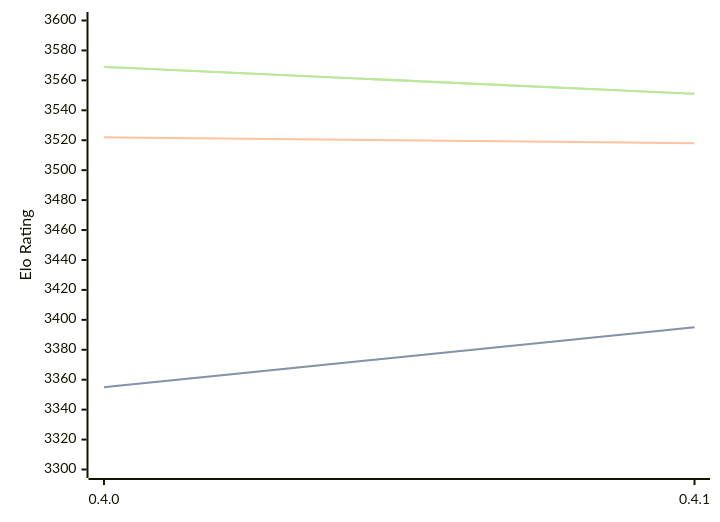
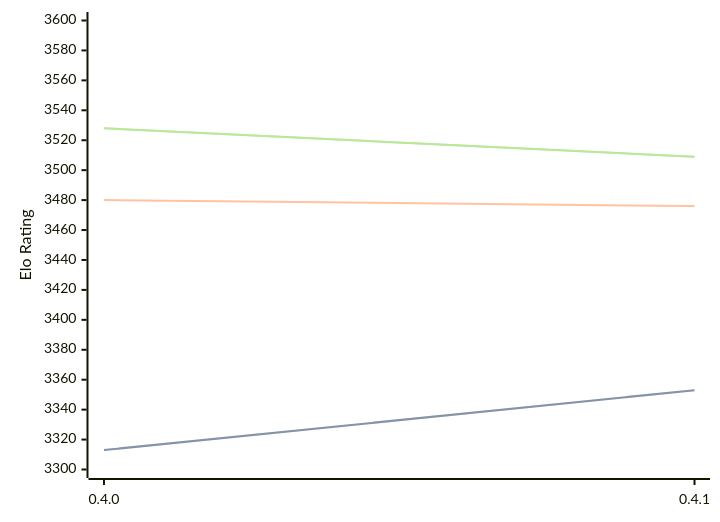
One commit to computer-chess-index/cci changed the diagram in engines/Cinder.md. Above: the diagram before and after it, drawn with Mermaid. The commit also changed other lines of this file, not shown here.

Commit message:
Update CCI Ratings (ELO VLTC) - 2026-05-19

````diff
--- a/engines/Cinder.md
+++ b/engines/Cinder.md
@@ -40,11 +40,11 @@
 ```mermaid
 %%{init: {"theme":"base","themeVariables":{"seriesColors:['#a3a3a3','#222221','#faa371']}}}%%
 xychart-beta
   x-axis ["0.4.0", "0.4.1"]
   y-axis "Elo Rating" 3300 --> 3600
-  line "STC (8.0+0.08s)" [3355, 3395]
-  line "STC (8.0+0.08s)" [3355, 3395]
-  line "LTC (60.0+0.60s)" [3522, 3518]
-  line "VLTC (2m24s+1.12s)" [3569, 3551]
-  line "VLTC (2m24s+1.12s)" [3569, 3551]
+  line "STC (8.0+0.08s)" [3313, 3353]
+  line "STC (8.0+0.08s)" [3313, 3353]
+  line "LTC (60.0+0.60s)" [3480, 3476]
+  line "VLTC (2m24s+1.12s)" [3528, 3509]
+  line "VLTC (2m24s+1.12s)" [3528, 3509]
 ```
````
